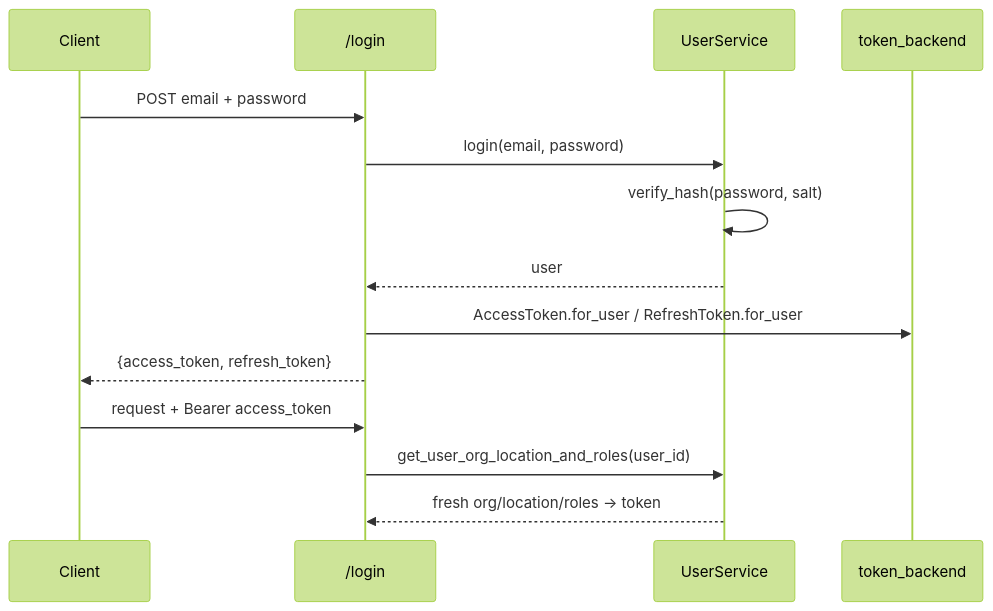
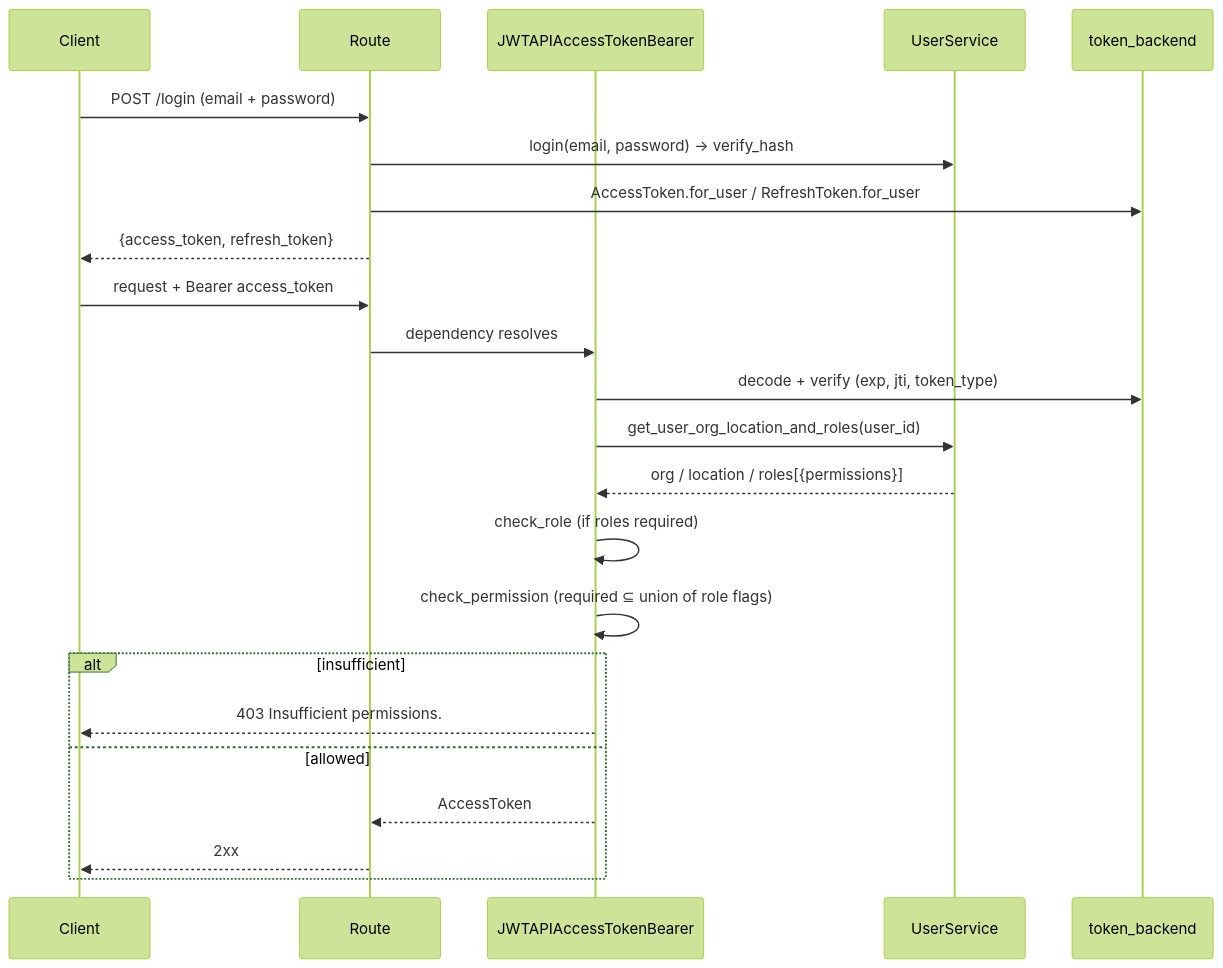
The third of 4 diagrams in docs/wiki/security-and-permissions.md (Tap2Cloud/backend-public), drawn with Mermaid (forest theme) before and after one commit. The commit also changed other lines of this file and 12 other files, not shown here.

````diff
--- a/docs/wiki/security-and-permissions.md
+++ b/docs/wiki/security-and-permissions.md
@@ -58,16 +223,25 @@
 ```mermaid
 sequenceDiagram
   participant C as Client
-  participant R as /login
+  participant R as Route
+  participant B as JWTAPIAccessTokenBearer
   participant US as UserService
   participant TB as token_backend
-  C->>R: POST email + password
-  R->>US: login(email, password)
-  US->>US: verify_hash(password, salt)
-  US-->>R: user
+  C->>R: POST /login (email + password)
+  R->>US: login(email, password) → verify_hash
   R->>TB: AccessToken.for_user / RefreshToken.for_user
   R-->>C: {access_token, refresh_token}
   C->>R: request + Bearer access_token
-  R->>US: get_user_org_location_and_roles(user_id)
-  US-->>R: fresh org/location/roles → token
+  R->>B: dependency resolves
+  B->>TB: decode + verify (exp, jti, token_type)
+  B->>US: get_user_org_location_and_roles(user_id)
+  US-->>B: org / location / roles[{permissions}]
+  B->>B: check_role (if roles required)
+  B->>B: check_permission (required ⊆ union of role flags)
+  alt insufficient
+    B-->>C: 403 Insufficient permissions.
+  else allowed
+    B-->>R: AccessToken
+    R-->>C: 2xx
+  end
 ```
````
